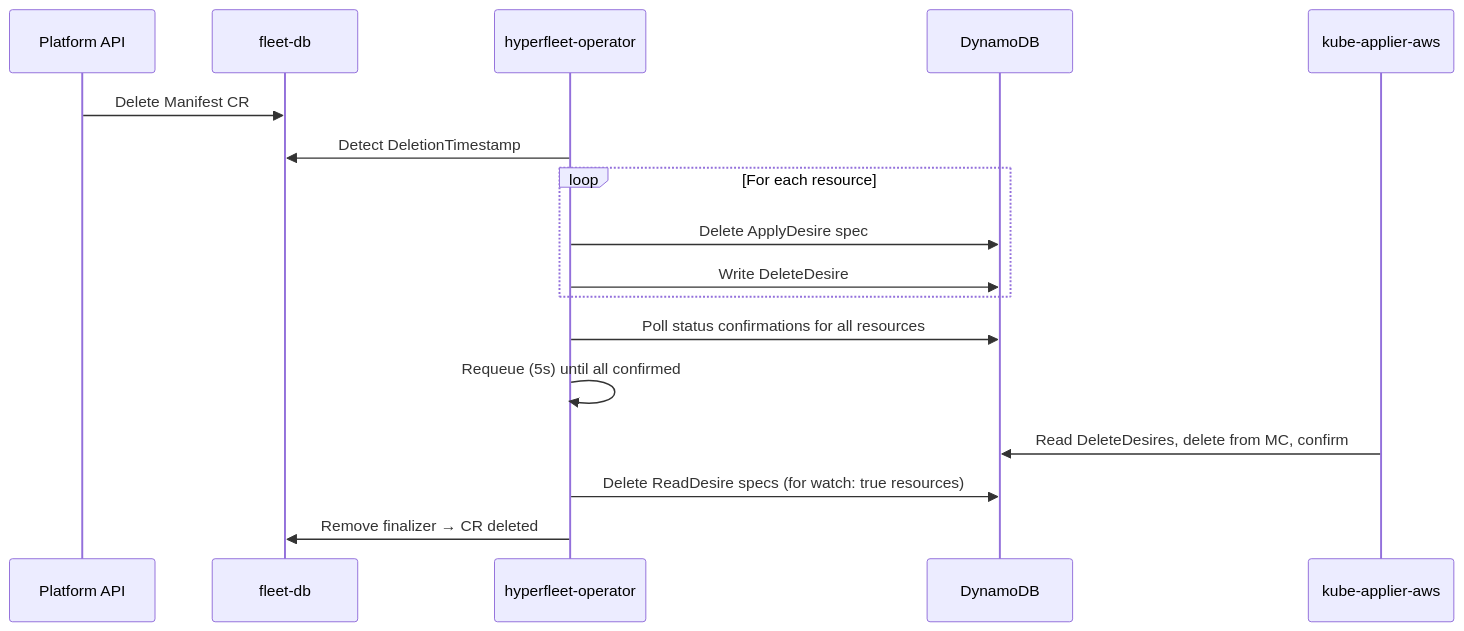
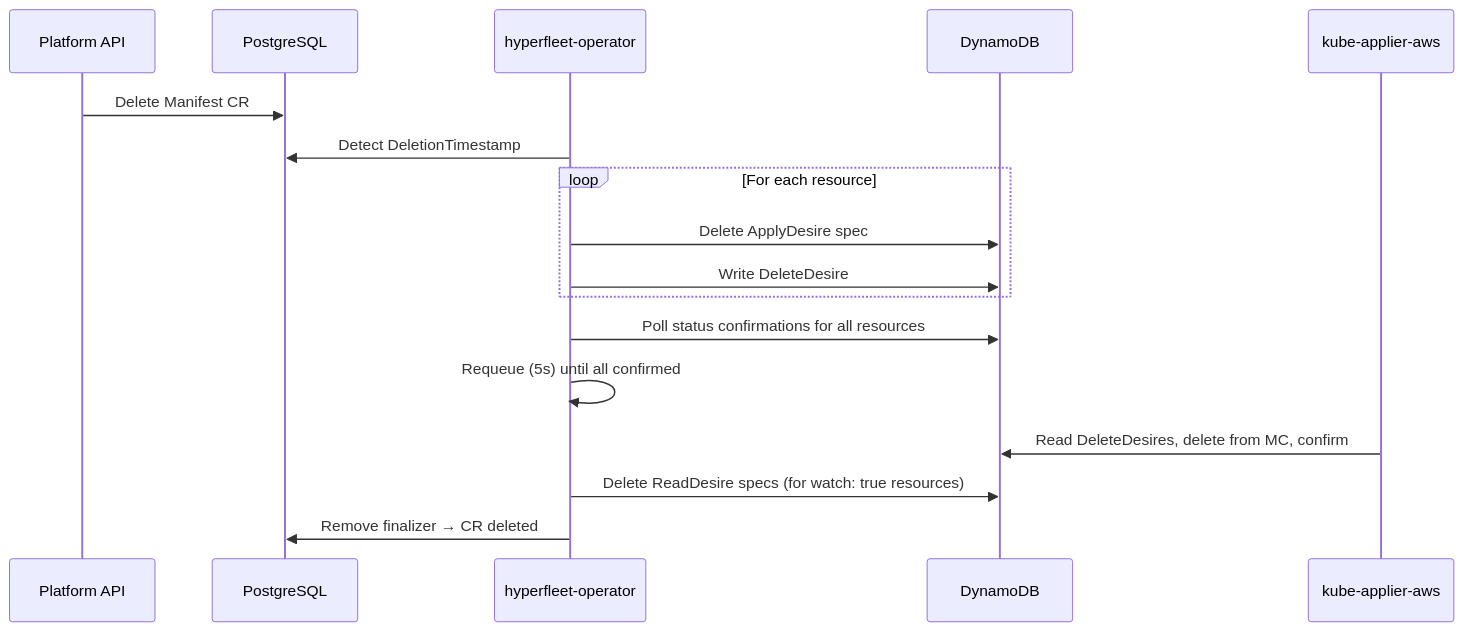
The second of 2 diagrams in docs/manifest-controller.md (typeid/hyperfleet-operator), drawn with Mermaid before and after one commit. The commit also changed other lines of this file and 46 other files, not shown here.

````diff
--- a/docs/manifest-controller.md
+++ b/docs/manifest-controller.md
@@ -43,20 +45,20 @@
 ```mermaid
 sequenceDiagram
     participant API as Platform API
-    participant FDB as fleet-db
+    participant PG as PostgreSQL
     participant Op as hyperfleet-operator
     participant DDB as DynamoDB
     participant KA as kube-applier-aws
 
-    API->>FDB: Delete Manifest CR
-    Op->>FDB: Detect DeletionTimestamp
+    API->>PG: Delete Manifest CR
+    Op->>PG: Detect DeletionTimestamp
     loop For each resource
         Op->>DDB: Delete ApplyDesire spec
         Op->>DDB: Write DeleteDesire
     end
     Op->>DDB: Poll status confirmations for all resources
     Op->>Op: Requeue (5s) until all confirmed
     KA->>DDB: Read DeleteDesires, delete from MC, confirm
     Op->>DDB: Delete ReadDesire specs (for watch: true resources)
-    Op->>FDB: Remove finalizer → CR deleted
+    Op->>PG: Remove finalizer → CR deleted
 ```
````
